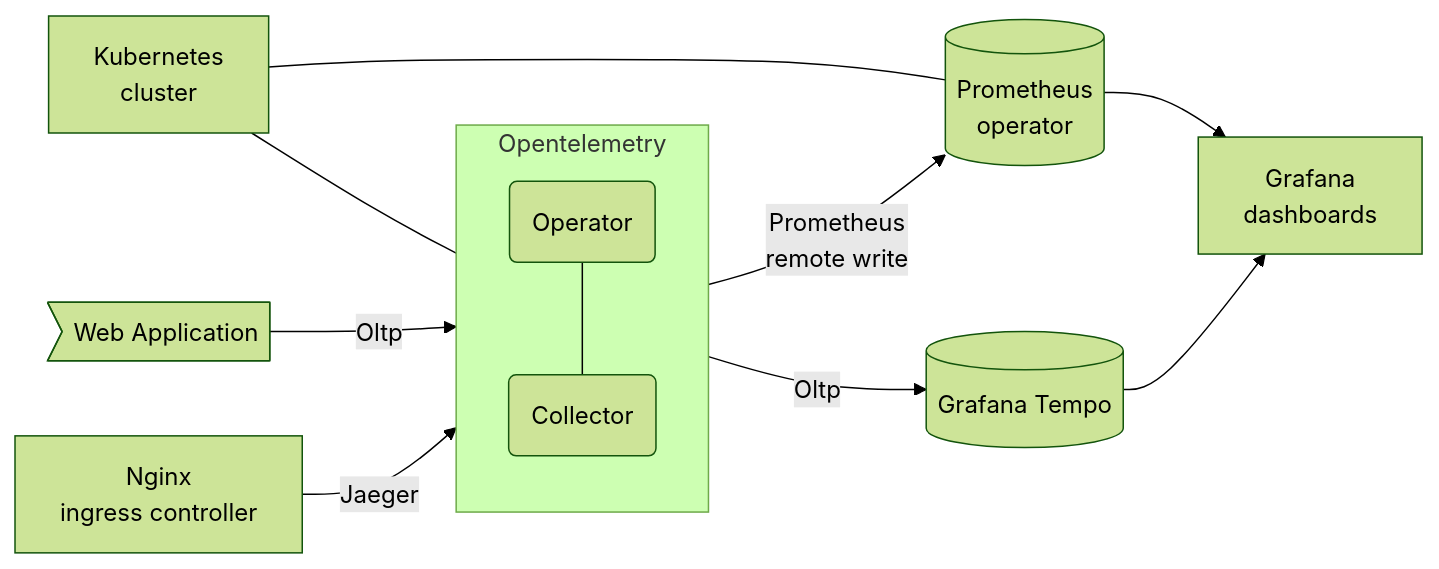
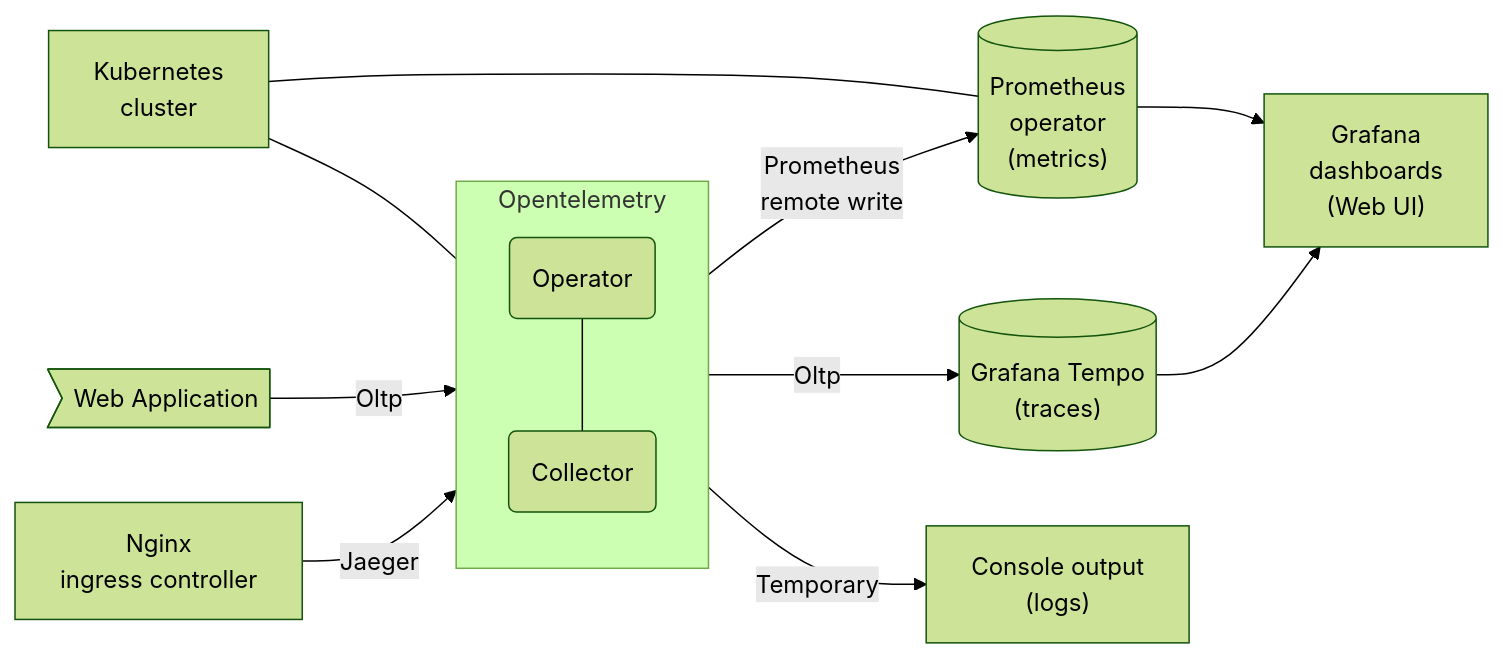
The diagram in README.md (mrzysztof/opentelemetry-demo), drawn with Mermaid (forest theme) before and after one commit. The commit also changed other lines of this file, not shown here.

Commit message:
Update README.md after added logs reciver

````diff
--- a/README.md
+++ b/README.md
@@ -53,34 +52,40 @@
 ```mermaid
 flowchart LR
 
 App>Web Application]
 Nginx["Nginx
 ingress controller"]
 
 K8["Kubernetes
 cluster"]
 Prom[("Prometheus
-operator")]
-Tempo[("Grafana Tempo")]
+operator
+(metrics)")]
+Tempo[("Grafana Tempo
+(traces)")]
 Grafana["Grafana
-dashboards"]
+dashboards
+(Web UI)"]
 
 subgraph Oltp[Opentelemetry]
     direction TB
     o(Operator) --- c(Collector)
 end
 
 K8 --- Oltp
 K8 --- Prom
 
 App -->|Oltp| Oltp
 
 Oltp -->|"Prometheus
 remote write"| Prom
 Oltp -->|Oltp| Tempo
 
+Oltp -->|Temporary| cli["Console output
+(logs)"]
+
 Prom --> Grafana
 Tempo --> Grafana
 
 Nginx -->|Jaeger| Oltp
 ```
````
